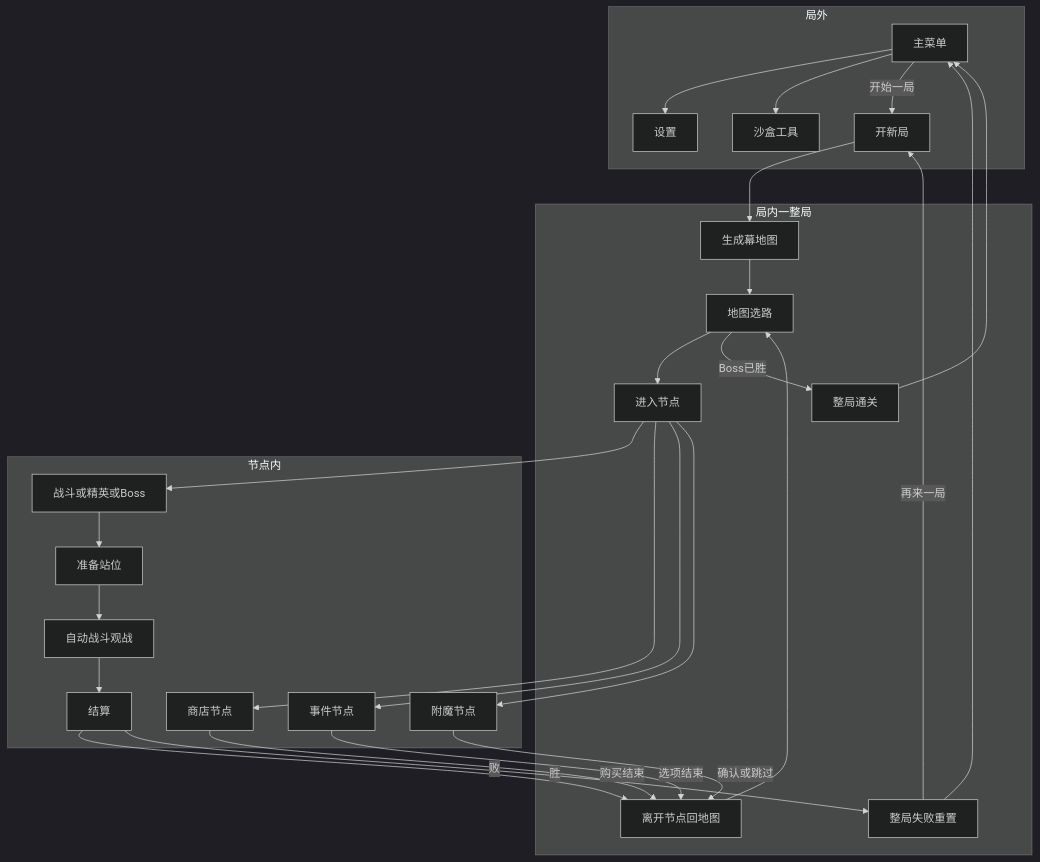
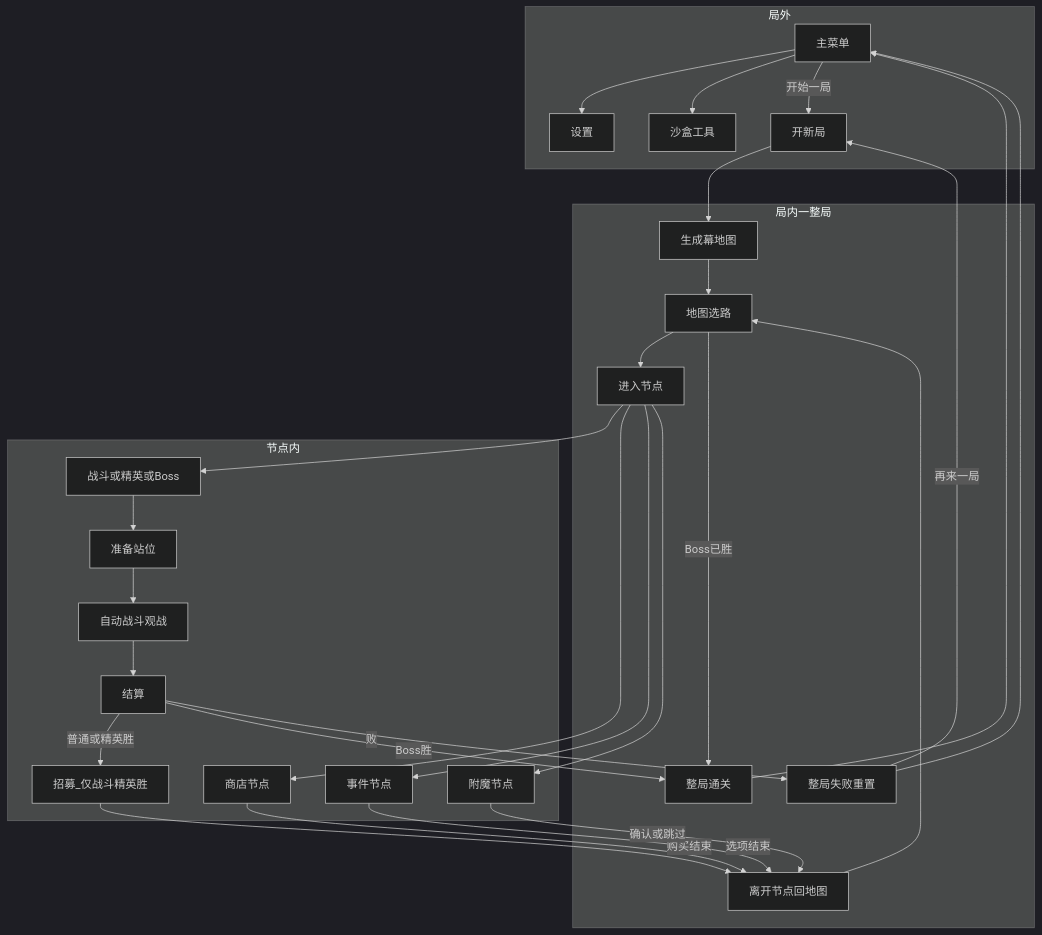
The diagram in Documents/Features/GAME_LOOP.md (Kanerickyz/Godot-Project---Clash-royale-like-Game), drawn with Mermaid (dark theme) before and after one commit. The commit also changed other lines of this file and 9 other files, not shown here.

````diff
--- a/Documents/Features/GAME_LOOP.md
+++ b/Documents/Features/GAME_LOOP.md
@@ -101,48 +102,50 @@
 ```mermaid
 flowchart TD
   subgraph Meta[局外]
     MainMenu[主菜单]
     Settings[设置]
     Sandbox[沙盒工具]
     MainMenu --> Settings
     MainMenu --> Sandbox
     MainMenu -->|开始一局| NewRun[开新局]
   end
 
   subgraph RunLoop[局内一整局]
     GenMap[生成幕地图]
     MapSelect[地图选路]
     EnterNode[进入节点]
     LeaveNode[离开节点回地图]
     RunWin[整局通关]
     RunLose[整局失败重置]
     NewRun --> GenMap --> MapSelect
     MapSelect --> EnterNode
     LeaveNode --> MapSelect
     MapSelect -->|Boss已胜| RunWin
   end
 
   subgraph NodeInner[节点内]
     CombatNode[战斗或精英或Boss]
     ShopNode[商店节点]
     EventNode[事件节点]
     EnchantNode[附魔节点]
     Prep[准备站位]
     AutoCombat[自动战斗观战]
     Resolve[结算]
+    Recruit[招募_仅战斗精英胜]
     CombatNode --> Prep --> AutoCombat --> Resolve
-    Resolve -->|胜| LeaveNode
+    Resolve -->|普通或精英胜| Recruit --> LeaveNode
+    Resolve -->|Boss胜| RunWin
     Resolve -->|败| RunLose
     ShopNode -->|购买结束| LeaveNode
     EventNode -->|选项结束| LeaveNode
     EnchantNode -->|确认或跳过| LeaveNode
   end
 
   EnterNode --> CombatNode
   EnterNode --> ShopNode
   EnterNode --> EventNode
   EnterNode --> EnchantNode
   RunWin --> MainMenu
   RunLose --> MainMenu
   RunLose -->|再来一局| NewRun
 ```
````
